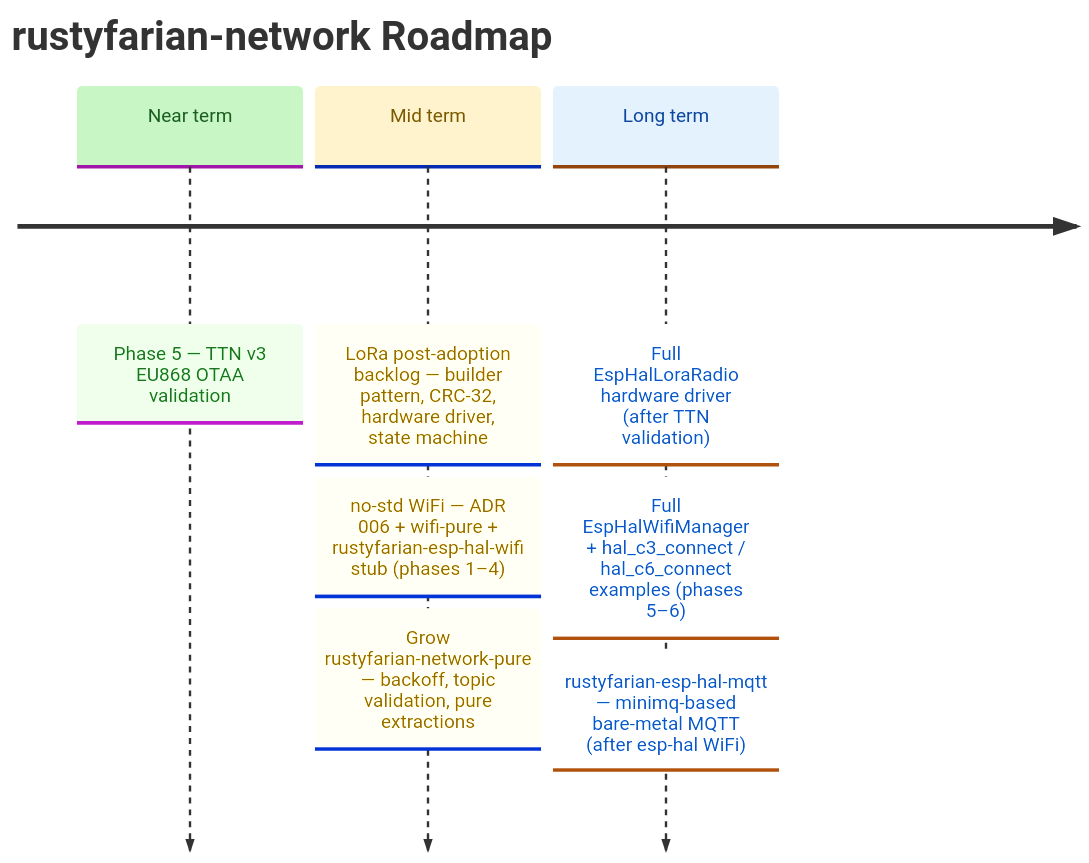
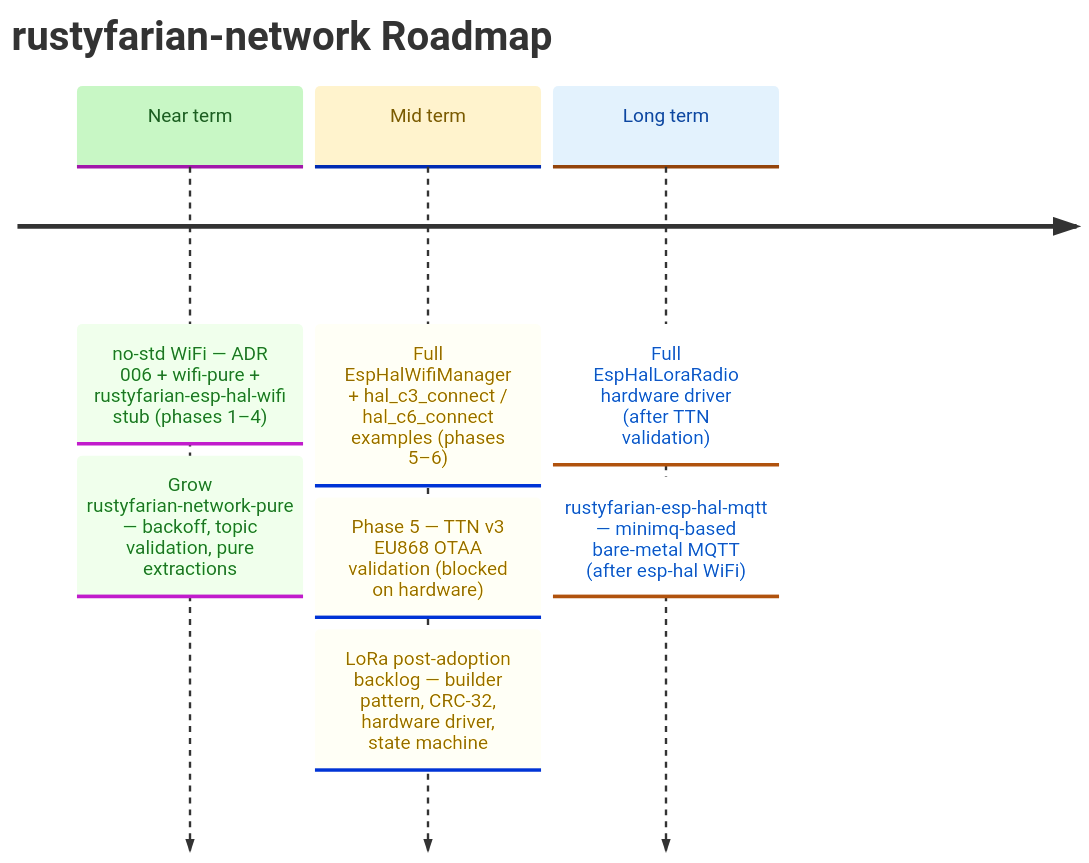
Before and after one commit to datenkollektiv/rustyfarian-network: the diagram in docs/ROADMAP.md, drawn with Mermaid. The commit also changed other lines of this file and 2 other files, not shown here.

Commit message:
Revise roadmap to prioritize dual-HAL Wi-Fi implementation

````diff
--- a/docs/ROADMAP.md
+++ b/docs/ROADMAP.md
@@ -9,26 +9,26 @@
 ```mermaid
 %%{init: {
   "theme": "base",
   "themeVariables": {
     "cScale0": "#c8f7c5",
     "cScaleLabel0": "#1b5e20",
     "cScale1": "#fff3cd",
     "cScaleLabel1": "#7a5a00",
     "cScale2": "#e3f2fd",
     "cScaleLabel2": "#0d47a1"
   }
 }}%%
 
 timeline
     title rustyfarian-network Roadmap
 
-    Near term : Phase 5 — TTN v3 EU868 OTAA validation
-
-    Mid term  : LoRa post-adoption backlog — builder pattern, CRC-32, hardware driver, state machine
-              : no-std WiFi — ADR 006 + wifi-pure + rustyfarian-esp-hal-wifi stub (phases 1–4)
+    Near term : no-std WiFi — ADR 006 + wifi-pure + rustyfarian-esp-hal-wifi stub (phases 1–4)
               : Grow rustyfarian-network-pure — backoff, topic validation, pure extractions
 
+    Mid term  : Full EspHalWifiManager + hal_c3_connect / hal_c6_connect examples (phases 5–6)
+              : Phase 5 — TTN v3 EU868 OTAA validation (blocked on hardware)
+              : LoRa post-adoption backlog — builder pattern, CRC-32, hardware driver, state machine
+
     Long term : Full EspHalLoraRadio hardware driver (after TTN validation)
-              : Full EspHalWifiManager + hal_c3_connect / hal_c6_connect examples (phases 5–6)
               : rustyfarian-esp-hal-mqtt — minimq-based bare-metal MQTT (after esp-hal WiFi)
 ```
````
